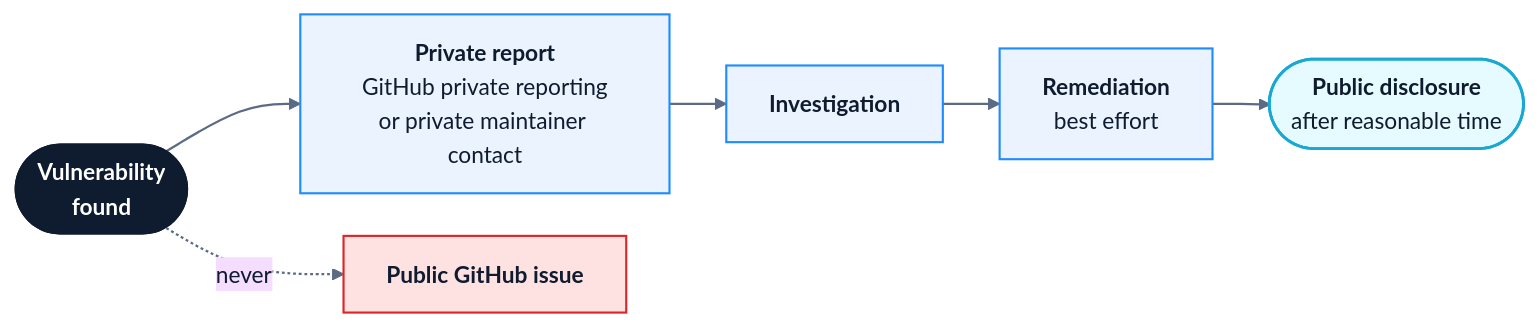
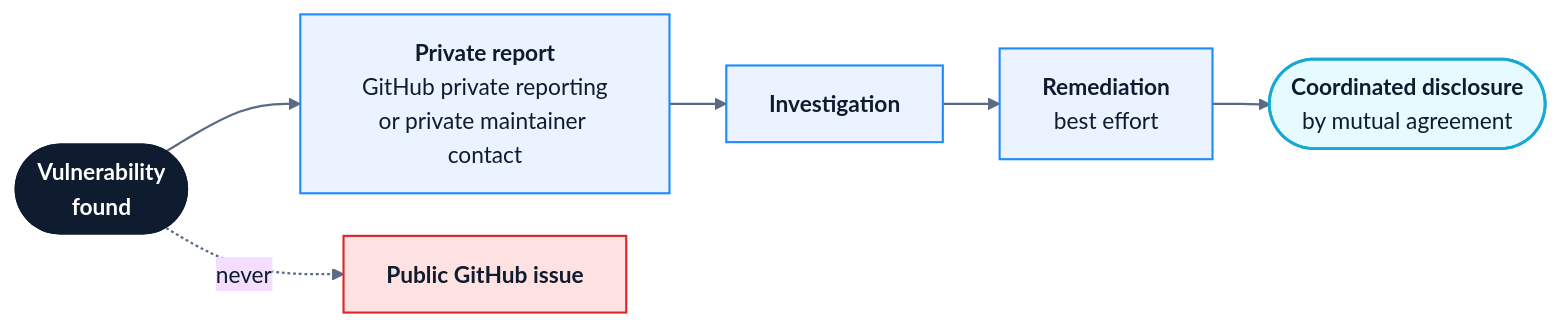
The first of 2 diagrams in SECURITY.md (Nomusa990822/aegis-security-platform), drawn with Mermaid before and after one commit. The commit also changed other lines of this file, not shown here.

Commit message:
Clarify coordinated vulnerability disclosure

````diff
--- a/SECURITY.md
+++ b/SECURITY.md
@@ -113,27 +113,27 @@
 ```mermaid
 %%{init: {
   "theme": "base",
   "themeVariables": {
     "fontFamily": "Inter, Segoe UI, Helvetica, Arial, sans-serif",
     "primaryTextColor": "#0f1b2e",
     "lineColor": "#5b6b85"
   },
   "flowchart": { "curve": "basis", "nodeSpacing": 30, "rankSpacing": 40, "htmlLabels": true }
 }}%%
 flowchart LR
     A(["<b>Vulnerability<br/>found</b>"]) --> B["<b>Private report</b><br/>GitHub private reporting<br/>or private maintainer contact"]
     B --> C["<b>Investigation</b>"]
     C --> D["<b>Remediation</b><br/>best effort"]
-    D --> E(["<b>Public disclosure</b><br/>after reasonable time"])
+    D --> E(["<b>Coordinated disclosure</b><br/>by mutual agreement"])
     A -. "never" .-> X["<b>Public GitHub issue</b>"]
 
     classDef start  fill:#0f1b2e,stroke:#0f1b2e,color:#ffffff;
     classDef step   fill:#eaf3ff,stroke:#1e8cff,stroke-width:1.5px,color:#0f1b2e;
     classDef final  fill:#e6fbff,stroke:#17a8d4,stroke-width:2px,color:#0f1b2e;
     classDef avoid  fill:#fee2e2,stroke:#dc2626,stroke-width:1.5px,color:#0f1b2e;
     class A start;
     class B,C,D step;
     class E final;
     class X avoid;
     linkStyle default stroke:#5b6b85,stroke-width:1.6px
 ```
````
